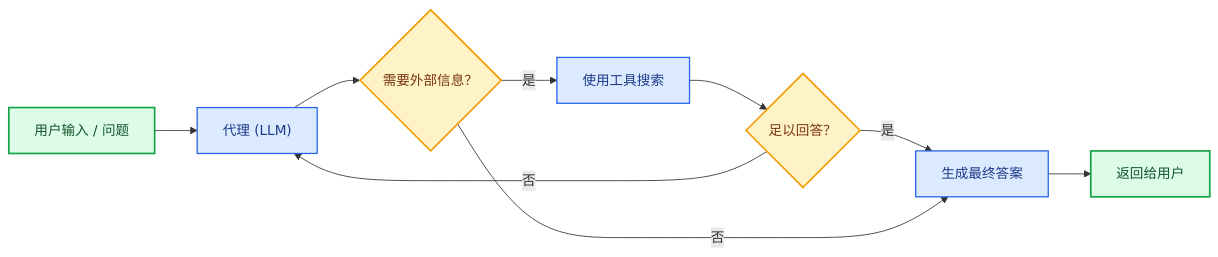
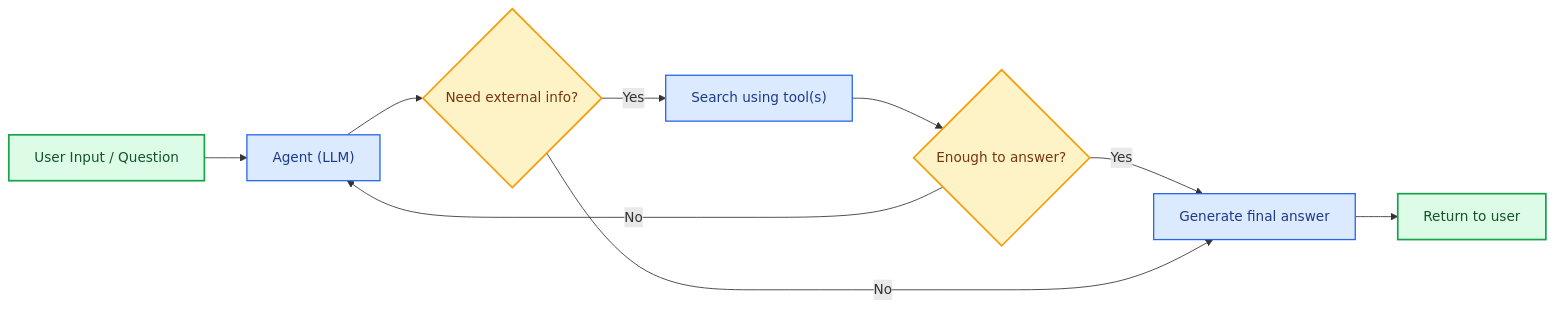
The third of 4 diagrams in oss/javascript/langchain/retrieval.mdx (kunfan96/cndocs-langchain), drawn with Mermaid before and after one commit. The commit also changed other lines of this file and 2611 other files, not shown here.

````diff
--- a/oss/javascript/langchain/retrieval.mdx
+++ b/oss/javascript/langchain/retrieval.mdx
@@ -159,20 +169,20 @@
 ```mermaid
 graph LR
-    A[用户输入 / 问题] --> B["代理 (LLM)"]
-    B --> C{需要外部信息？}
-    C -- 是 --> D["使用工具搜索"]
-    D --> H{足以回答？}
-    H -- 否 --> B
-    H -- 是 --> I[生成最终答案]
-    C -- 否 --> I
-    I --> J[返回给用户]
+    A[User Input / Question] --> B["Agent (LLM)"]
+    B --> C{Need external info?}
+    C -- Yes --> D["Search using tool(s)"]
+    D --> H{Enough to answer?}
+    H -- No --> B
+    H -- Yes --> I[Generate final answer]
+    C -- No --> I
+    I --> J[Return to user]
 
     %% Dark-mode friendly styling
     classDef startend fill:#DCFCE7,stroke:#16A34A,stroke-width:2px,color:#14532D
     classDef decision fill:#FEF3C7,stroke:#F59E0B,stroke-width:2px,color:#78350F
     classDef process fill:#DBEAFE,stroke:#2563EB,stroke-width:1.5px,color:#1E3A8A
 
     class A,J startend
     class B,D,I process
     class C,H decision
 ```
````
